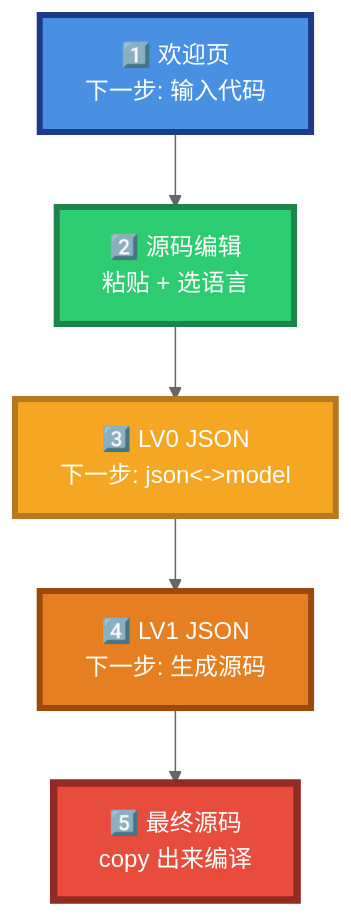
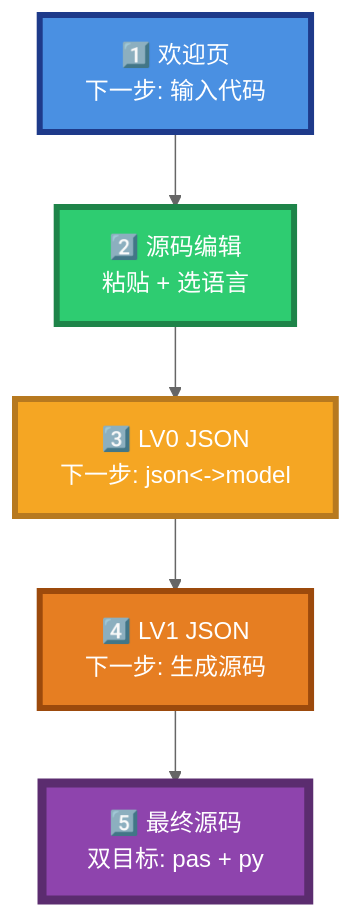
One commit to PassByYou888/LingoFuse-pasAgent changed diagram 16 of 46 in code_generate_mcp.md. Above: the diagram before and after it, drawn with Mermaid (neutral theme). The commit also changed other lines of this file, not shown here.

````diff
--- a/code_generate_mcp.md
+++ b/code_generate_mcp.md
@@ -225,16 +556,16 @@
 ```mermaid
 flowchart TB
     S1["1️⃣ 欢迎页<br/>下一步: 输入代码"]
     S2["2️⃣ 源码编辑<br/>粘贴 + 选语言"]
     S3["3️⃣ LV0 JSON<br/>下一步: json<->model"]
     S4["4️⃣ LV1 JSON<br/>下一步: 生成源码"]
-    S5["5️⃣ 最终源码<br/>copy 出来编译"]
+    S5["5️⃣ 最终源码<br/>双目标: pas + py"]
 
     S1 --> S2 --> S3 --> S4 --> S5
 
     style S1 fill:#4A90E2,stroke:#1E3A8A,stroke-width:4px,color:#FFFFFF
     style S2 fill:#2ECC71,stroke:#1E8449,stroke-width:4px,color:#FFFFFF
     style S3 fill:#F5A623,stroke:#B7791F,stroke-width:4px,color:#FFFFFF
     style S4 fill:#E67E22,stroke:#9C4A0C,stroke-width:4px,color:#FFFFFF
-    style S5 fill:#E74C3C,stroke:#922B21,stroke-width:5px,color:#FFFFFF
+    style S5 fill:#8E44AD,stroke:#5B2C6F,stroke-width:6px,color:#FFFFFF
 ```
````
